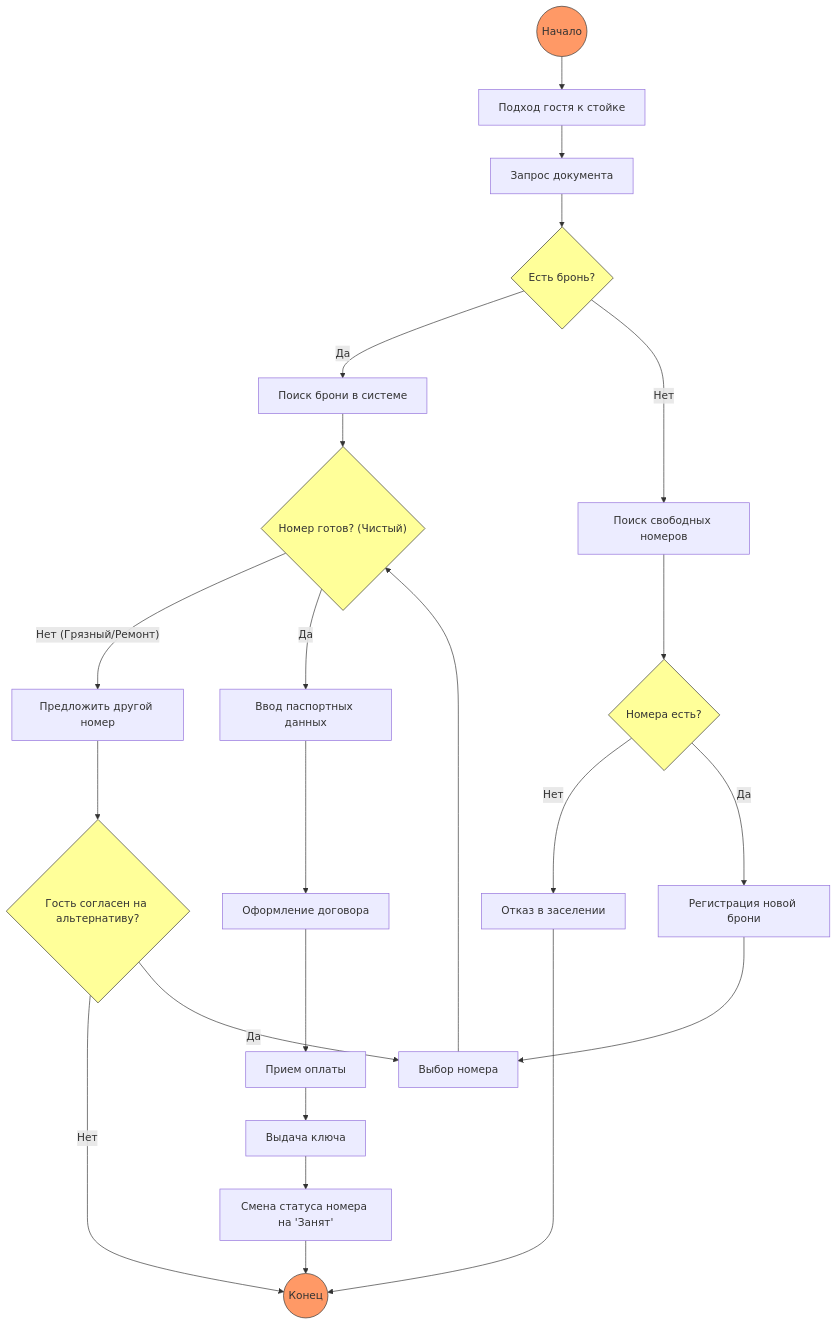
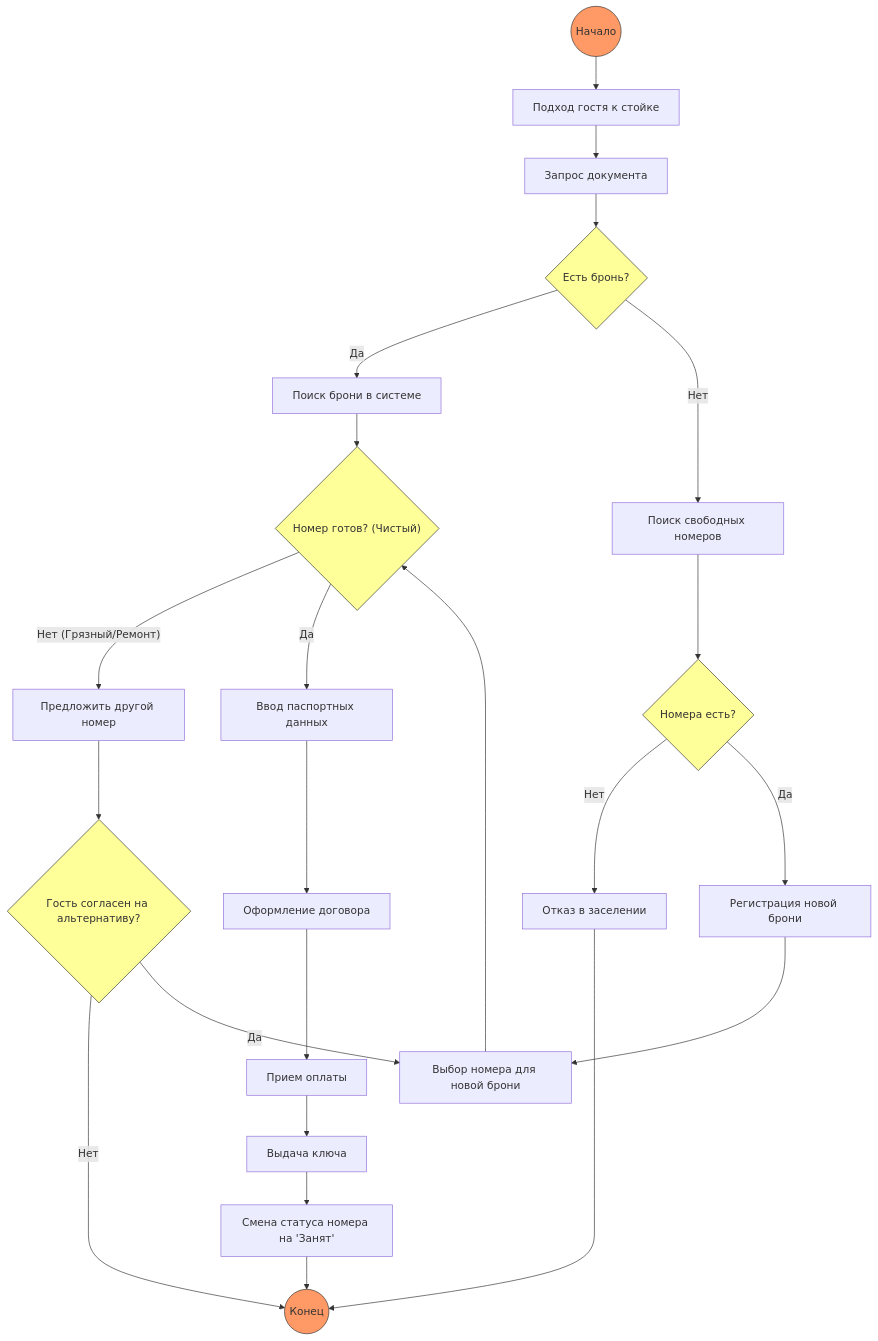
The first of 2 diagrams in docs/03_activity_process.md (Ekaterina-CyberDev/PPO), drawn with Mermaid before and after one commit. The commit also changed other lines of this file, not shown here.

````diff
--- a/docs/03_activity_process.md
+++ b/docs/03_activity_process.md
@@ -24,40 +40,39 @@
 ```mermaid
 flowchart TD
     Start((Начало)) --> Step1["Подход гостя к стойке"]
     Step1 --> Step2["Запрос документа"]
     Step2 --> Decision1{"Есть бронь?"}
 
     Decision1 -- Да --> Step3["Поиск брони в системе"]
     Decision1 -- Нет --> Step4["Поиск свободных номеров"]
     
     Step4 --> Decision2{"Номера есть?"}
     Decision2 -- Нет --> Step5["Отказ в заселении"]
     Step5 --> End((Конец))
     
     Decision2 -- Да --> StepReg["Регистрация новой брони"]
-    StepReg --> Step6["Выбор номера"]
+    StepReg --> Step6["Выбор номера для новой брони"]
     
     Step3 --> Decision3{"Номер готов? (Чистый)"}
     Step6 --> Decision3
     
     Decision3 -- Нет (Грязный/Ремонт) --> Step7["Предложить другой номер"]
     
-    %% Исправление преподавателя: цикл, если гость согласен
     Step7 --> Decision4{"Гость согласен на альтернативу?"}
     Decision4 -- Нет --> End
     Decision4 -- Да --> Step6
     
     Decision3 -- Да --> Step8["Ввод паспортных данных"]
     Step8 --> Step9["Оформление договора"]
     Step9 --> Step10["Прием оплаты"]
     Step10 --> Step11["Выдача ключа"]
     Step11 --> Step12["Смена статуса номера на 'Занят'"]
     Step12 --> End
 
     style Start fill:#f96,stroke:#333
     style End fill:#f96,stroke:#333
     style Decision1 fill:#ff9,stroke:#333
     style Decision2 fill:#ff9,stroke:#333
     style Decision3 fill:#ff9,stroke:#333
-    style Decision4 fill:#ff9,stroke:#333 
+    style Decision4 fill:#ff9,stroke:#333  
 ```
````
